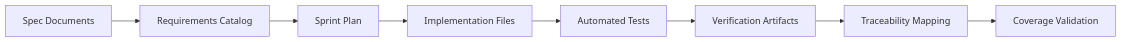
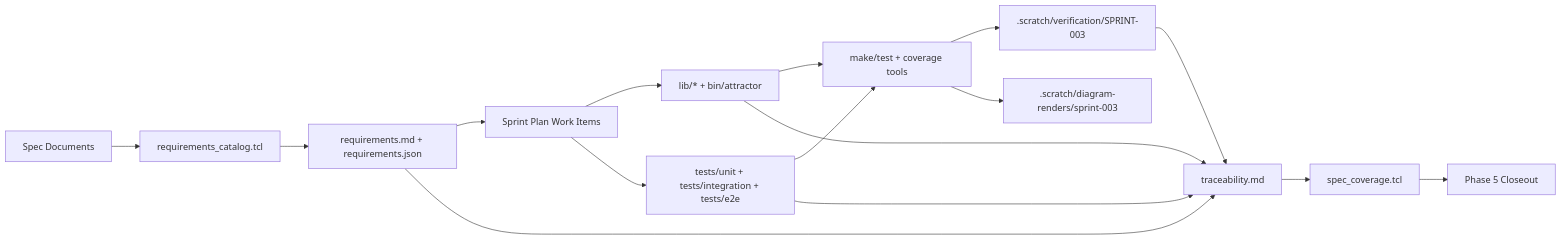
Before and after one commit to jaytaylor/attractor-tcl: the fourth of 5 diagrams in docs/sprints/SPRINT-003-close-spec-parity-tcl.md, drawn with Mermaid. The commit also changed other lines of this file, not shown here.

Commit message:
docs: sync sprint 003 close-spec parity plan with verification evidence

````diff
--- a/docs/sprints/SPRINT-003-close-spec-parity-tcl.md
+++ b/docs/sprints/SPRINT-003-close-spec-parity-tcl.md
@@ -1314,10 +2448,23 @@
 ```mermaid
 flowchart LR
-  SPEC[Spec Documents] --> CATALOG[Requirements Catalog]
-  CATALOG --> PLAN[Sprint Plan]
-  PLAN --> CODE[Implementation Files]
-  CODE --> TESTS[Automated Tests]
-  TESTS --> EVIDENCE[Verification Artifacts]
-  EVIDENCE --> TRACE[Traceability Mapping]
-  TRACE --> COVERAGE[Coverage Validation]
+  SPEC[Spec Documents] --> CATALOG[requirements_catalog.tcl]
+  CATALOG --> REQS[requirements.md + requirements.json]
+  REQS --> PLAN[Sprint Plan Work Items]
+
+  PLAN --> CODE[lib/* + bin/attractor]
+  PLAN --> TESTS[tests/unit + tests/integration + tests/e2e]
+
+  CODE --> VERIFY[make/test + coverage tools]
+  TESTS --> VERIFY
+
+  VERIFY --> EVIDENCE[.scratch/verification/SPRINT-003]
+  VERIFY --> DIAGRAMS[.scratch/diagram-renders/sprint-003]
+
+  REQS --> TRACE[traceability.md]
+  CODE --> TRACE
+  TESTS --> TRACE
+  EVIDENCE --> TRACE
+
+  TRACE --> GATE[spec_coverage.tcl]
+  GATE --> CLOSEOUT[Phase 5 Closeout]
 ```
````
